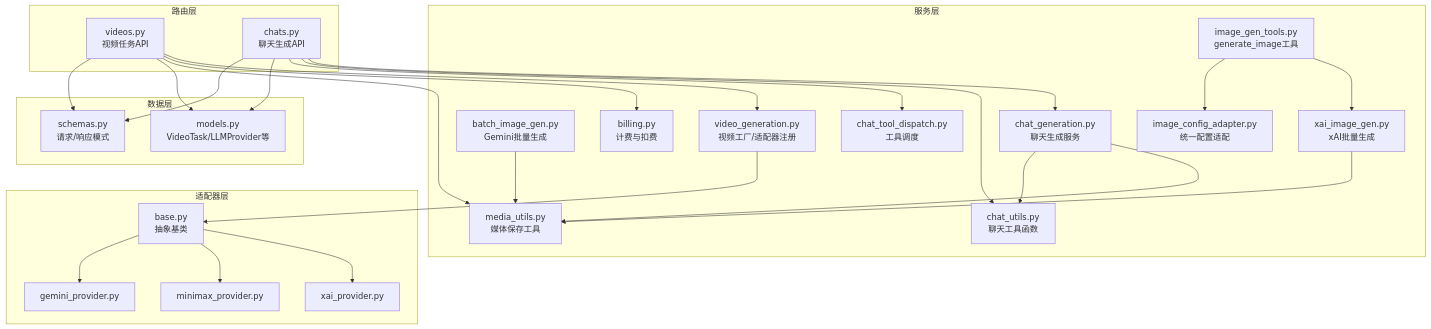
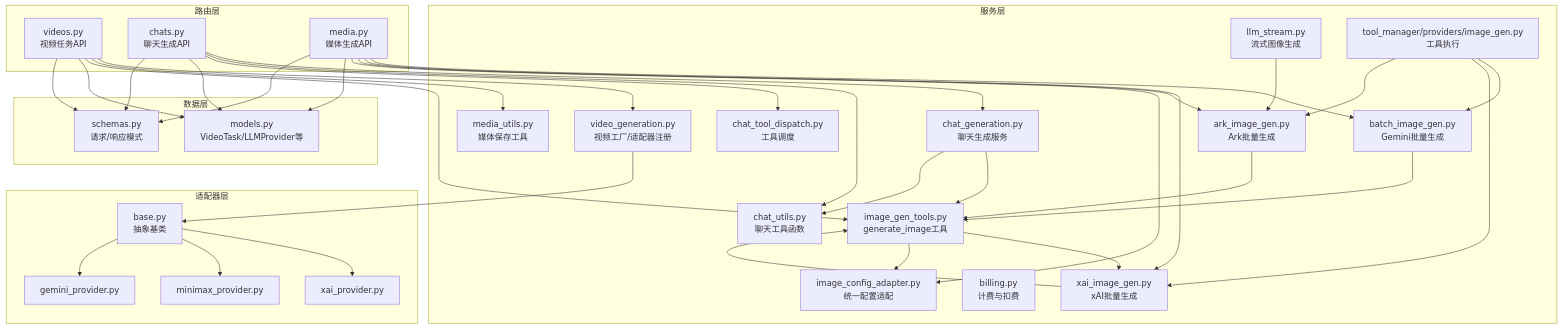
One commit to KunLabAI/KunFlix changed the first of 7 diagrams in .qoder/repowiki/zh/content/后端服务架构/业务服务层/媒体生成服务/媒体生成服务.md. Above: the diagram before and after it, drawn with Mermaid. The commit also changed other lines of this file and 10 other files, not shown here.

````diff
--- a/.qoder/repowiki/zh/content/后端服务架构/业务服务层/媒体生成服务/媒体生成服务.md
+++ b/.qoder/repowiki/zh/content/后端服务架构/业务服务层/媒体生成服务/媒体生成服务.md
@@ -58,49 +63,64 @@
 ```mermaid
 graph TB
 subgraph "路由层"
 R1["videos.py<br/>视频任务API"]
 R2["chats.py<br/>聊天生成API"]
+R3["media.py<br/>媒体生成API"]
 end
 subgraph "服务层"
 S1["video_generation.py<br/>视频工厂/适配器注册"]
 S2["batch_image_gen.py<br/>Gemini批量生成"]
 S3["xai_image_gen.py<br/>xAI批量生成"]
-S4["image_gen_tools.py<br/>generate_image工具"]
-S5["media_utils.py<br/>媒体保存工具"]
-S6["billing.py<br/>计费与扣费"]
-S7["image_config_adapter.py<br/>统一配置适配"]
-S8["chat_generation.py<br/>聊天生成服务"]
-S9["chat_utils.py<br/>聊天工具函数"]
-S10["chat_tool_dispatch.py<br/>工具调度"]
+S4["ark_image_gen.py<br/>Ark批量生成"]
+S5["image_gen_tools.py<br/>generate_image工具"]
+S6["media_utils.py<br/>媒体保存工具"]
+S7["billing.py<br/>计费与扣费"]
+S8["image_config_adapter.py<br/>统一配置适配"]
+S9["chat_generation.py<br/>聊天生成服务"]
+S10["chat_utils.py<br/>聊天工具函数"]
+S11["chat_tool_dispatch.py<br/>工具调度"]
+S12["llm_stream.py<br/>流式图像生成"]
+S13["tool_manager/providers/image_gen.py<br/>工具执行"]
 end
 subgraph "适配器层"
 A1["base.py<br/>抽象基类"]
 A2["xai_provider.py"]
 A3["minimax_provider.py"]
 A4["gemini_provider.py"]
 end
 subgraph "数据层"
 D1["models.py<br/>VideoTask/LLMProvider等"]
 D2["schemas.py<br/>请求/响应模式"]
 end
 R1 --> S1
 R1 --> S6
 R1 --> S5
-R2 --> S8
 R2 --> S9
 R2 --> S10
+R2 --> S11
+R3 --> S2
+R3 --> S3
+R3 --> S4
+R3 --> S8
 S1 --> A1
 A1 --> A2
 A1 --> A3
 A1 --> A4
 S2 --> S5
 S3 --> S5
-S4 --> S3
-S4 --> S7
-S8 --> S5
-S8 --> S9
+S4 --> S5
+S5 --> S3
+S5 --> S8
+S9 --> S5
+S9 --> S10
+S12 --> S4
+S13 --> S2
+S13 --> S3
+S13 --> S4
 R1 --> D1
 R1 --> D2
 R2 --> D1
 R2 --> D2
+R3 --> D1
+R3 --> D2
 ```
````
